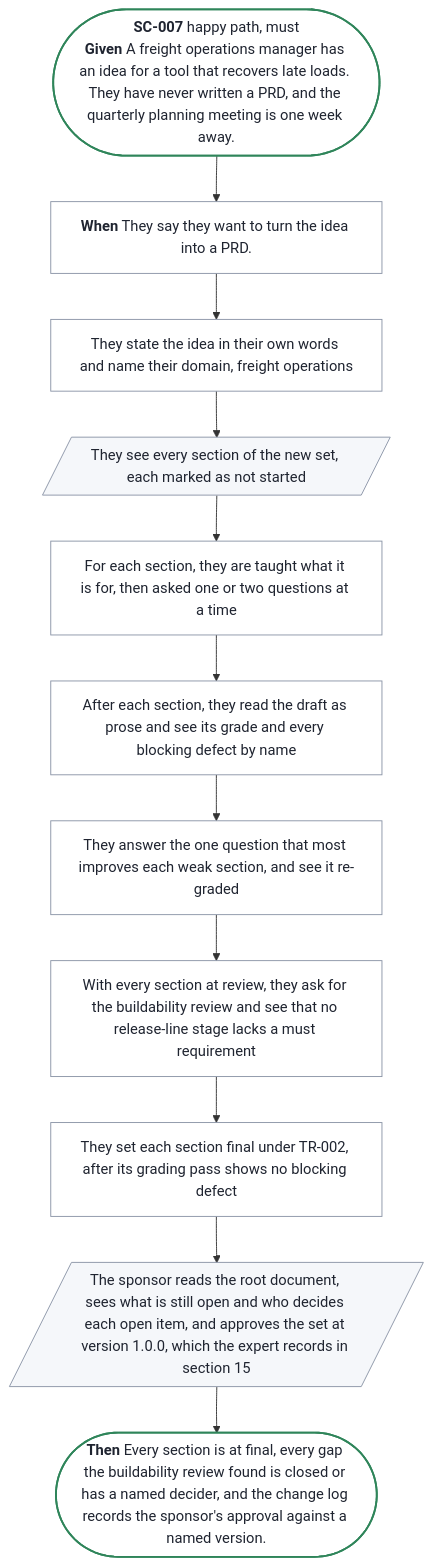
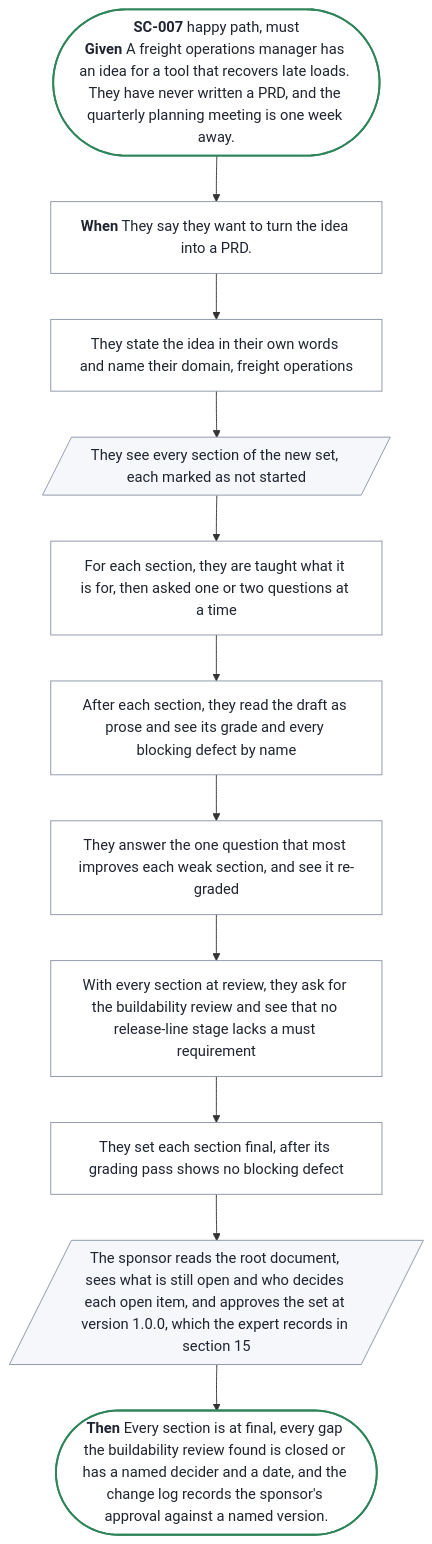
Before and after one commit to SpillwaveSolutions/prd-forge: the diagram in docs/prd/prd-forge/diagrams/SC-007.mmd, drawn with Mermaid. The commit also changed 27 other files, not shown here.

```diff
--- a/docs/prd/prd-forge/diagrams/SC-007.mmd
+++ b/docs/prd/prd-forge/diagrams/SC-007.mmd
@@ -1,28 +1,28 @@
 %% Generated by prd-diagrams.mjs from the scenario front matter. Do not edit.
 %%{init: {"flowchart": {"wrappingWidth": 300}}}%%
 flowchart TB
   start(["<b>SC-007</b> happy path, must<br/><b>Given</b> A freight operations manager has an idea for a tool that recovers late loads. They have never written a PRD, and the quarterly planning meeting is one week away."])
   trigger["<b>When</b> They say they want to turn the idea into a PRD."]
   s0["They state the idea in their own words and name their domain, freight operations"]
   s1[/"They see every section of the new set, each marked as not started"/]
   s2["For each section, they are taught what it is for, then asked one or two questions at a time"]
   s3["After each section, they read the draft as prose and see its grade and every blocking defect by name"]
   s4["They answer the one question that most improves each weak section, and see it re-graded"]
   s5["With every section at review, they ask for the buildability review and see that no release-line stage lacks a must requirement"]
-  s6["They set each section final under TR-002, after its grading pass shows no blocking defect"]
+  s6["They set each section final, after its grading pass shows no blocking defect"]
   s7[/"The sponsor reads the root document, sees what is still open and who decides each open item, and approves the set at version 1.0.0, which the expert records in section 15"/]
-  done(["<b>Then</b> Every section is at final, every gap the buildability review found is closed or has a named decider, and the change log records the sponsor's approval against a named version."])
+  done(["<b>Then</b> Every section is at final, every gap the buildability review found is closed or has a named decider and a date, and the change log records the sponsor's approval against a named version."])
   start --> trigger --> s0 --> s1 --> s2 --> s3 --> s4 --> s5 --> s6 --> s7 --> done
   classDef ends fill:#FFFFFF,stroke:#2F855A,stroke-width:2px,color:#1F2430
   classDef sees fill:#F5F7FA,stroke:#8A94A6,color:#1F2430
   classDef does fill:#FFFFFF,stroke:#8A94A6,color:#1F2430
   class start,done ends
   class s0 does
   class s1 sees
   class s2 does
   class s3 does
   class s4 does
   class s5 does
   class s6 does
   class s7 sees
   class trigger does
```
